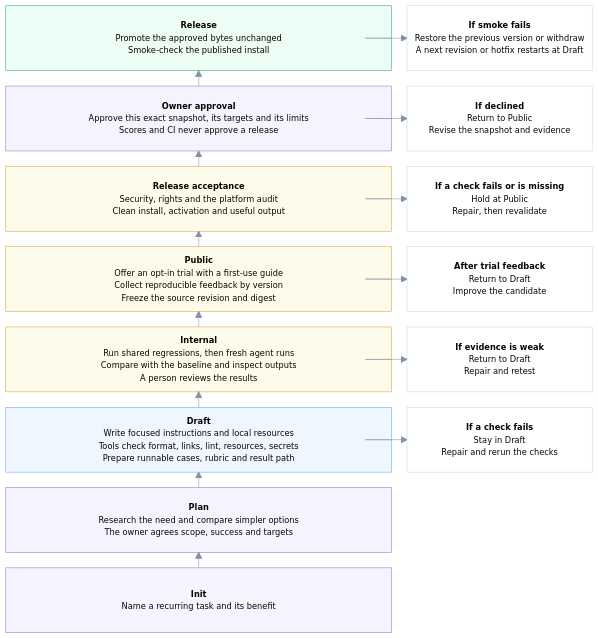
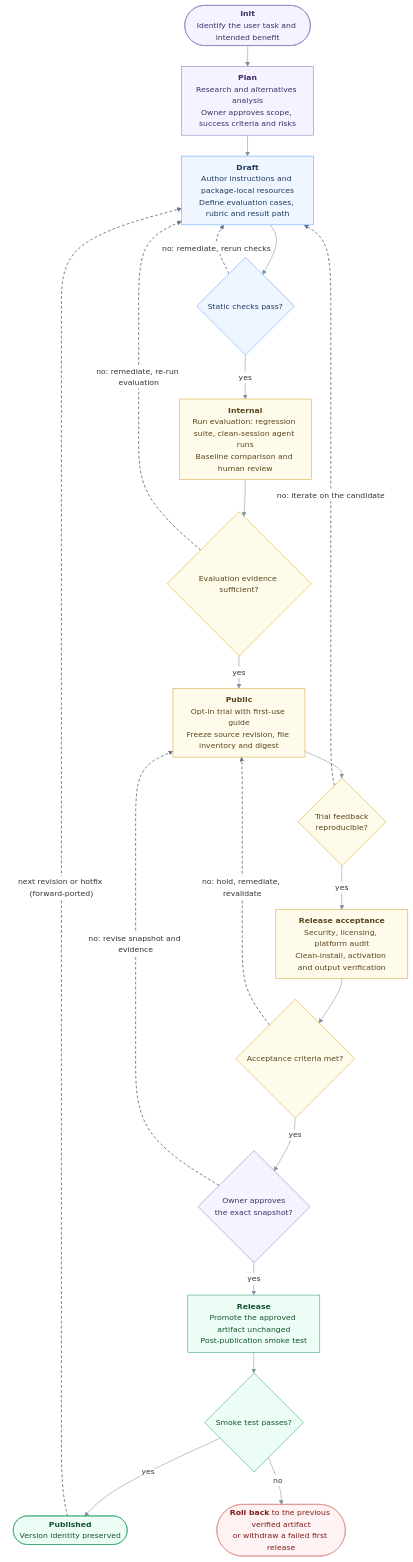
One commit to ClydeShen/skills changed the diagram in knowledge/skill-lifecycle/README.md. Above: the diagram before and after it, drawn with Mermaid. The commit also changed other lines of this file, not shown here.

Commit message:
docs(lifecycle): draw the lifecycle as a decision tree with return branches (#63)
* docs(lifecycle): draw the lifecycle as a decision tree with return branches

Claude-Session: https://claude.ai/code/session_01SA5kRZNw6HYr8hEBAyUCQE

* docs(lifecycle): connect each failed decision back to the stage that repeats

Claude-Session: https://claude.ai/code/session_01SA5kRZNw6HYr8hEBAyUCQE

* docs(lifecycle): name the evals in the lifecycle diagram

Claude-Session: https://claude.ai/code/session_01SA5kRZNw6HYr8hEBAyUCQE

* docs(lifecycle): use professional terms in the lifecycle diagram

Claude-Session: https://claude.ai/code/session_01SA5kRZNw6HYr8hEBAyUCQE

* docs(lifecycle): write evaluation in full in the lifecycle diagram

Claude-Session: https://claude.ai/code/session_01SA5kRZNw6HYr8hEBAyUCQE

---------

````diff
--- a/knowledge/skill-lifecycle/README.md
+++ b/knowledge/skill-lifecycle/README.md
@@ -19,85 +19,47 @@
 ```mermaid
-%%{init: {"theme": "base", "block": {"padding": 28}, "fontFamily": "Arial, sans-serif", "themeVariables": {"fontSize": "15px", "lineColor": "#8292A5", "edgeLabelBackground": "#FFFFFF"}}}%%
-block-beta
-    columns 3
+%%{init: {"theme": "base", "fontFamily": "Arial, sans-serif", "flowchart": {"curve": "basis", "nodeSpacing": 40, "rankSpacing": 38, "htmlLabels": true, "padding": 10}, "themeVariables": {"fontSize": "14px", "lineColor": "#8292A5", "edgeLabelBackground": "#FFFFFF"}}}%%
+flowchart TB
+    init(["<b>Init</b><br/>Identify the user task and intended benefit"])
+    plan["<b>Plan</b><br/>Research and alternatives analysis<br/>Owner approves scope, success criteria and risks"]
+    draft["<b>Draft</b><br/>Author instructions and package-local resources<br/>Define evaluation cases, rubric and result path"]
+    d1{"Static checks pass?"}
+    internal["<b>Internal</b><br/>Run evaluation: regression suite, clean-session agent runs<br/>Baseline comparison and human review"]
+    d2{"Evaluation evidence sufficient?"}
+    public["<b>Public</b><br/>Opt-in trial with first-use guide<br/>Freeze source revision, file inventory and digest"]
+    d3{"Trial feedback<br/>reproducible?"}
+    accept["<b>Release acceptance</b><br/>Security, licensing, platform audit<br/>Clean-install, activation and output verification"]
+    d4{"Acceptance criteria met?"}
+    d5{"Owner approves<br/>the exact snapshot?"}
+    release["<b>Release</b><br/>Promote the approved artifact unchanged<br/>Post-publication smoke test"]
+    d6{"Smoke test passes?"}
+    live(["<b>Published</b><br/>Version identity preserved"])
+    undo(["<b>Roll back</b> to the previous verified artifact<br/>or withdraw a failed first release"])
 
-    release["<b>Release</b>
-    Promote the approved bytes unchanged
-    Smoke-check the published install"]:2
-    recover["<b>If smoke fails</b>
-    Restore the previous version or withdraw
-    A next revision or hotfix restarts at Draft"]
+    init --> plan --> draft --> d1
+    d1 -- yes --> internal --> d2
+    d2 -- yes --> public --> d3
+    d3 -- yes --> accept --> d4
+    d4 -- yes --> d5
+    d5 -- yes --> release --> d6
+    d6 -- yes --> live
+    d6 -- no --> undo
 
-    approval["<b>Owner approval</b>
-    Approve this exact snapshot, its targets and its limits
-    Scores and CI never approve a release"]:2
-    declined["<b>If declined</b>
-    Return to Public
-    Revise the snapshot and evidence"]
-
-    acceptance["<b>Release acceptance</b>
-    Security, rights and the platform audit
-    Clean install, activation and useful output"]:2
-    hold["<b>If a check fails or is missing</b>
-    Hold at Public
-    Repair, then revalidate"]
-
-    publicTrial["<b>Public</b>
-    Offer an opt-in trial with a first-use guide
-    Collect reproducible feedback by version
-    Freeze the source revision and digest"]:2
-    feedback["<b>After trial feedback</b>
-    Return to Draft
-    Improve the candidate"]
-
-    internal["<b>Internal</b>
-    Run shared regressions, then fresh agent runs
-    Compare with the baseline and inspect outputs
-    A person reviews the results"]:2
-    retest["<b>If evidence is weak</b>
-    Return to Draft
-    Repair and retest"]
-
-    draft["<b>Draft</b>
-    Write focused instructions and local resources
-    Tools check format, links, lint, resources, secrets
-    Prepare runnable cases, rubric and result path"]:2
-    repair["<b>If a check fails</b>
-    Stay in Draft
-    Repair and rerun the checks"]
-
-    plan["<b>Plan</b>
-    Research the need and compare simpler options
-    The owner agrees scope, success and targets"]:2
-    space
-
-    idea["<b>Init</b>
-    Name a recurring task and its benefit"]:2
-    space
-
-    idea --> plan
-    plan --> draft
-    draft --> internal
-    internal --> publicTrial
-    publicTrial --> acceptance
-    acceptance --> approval
-    approval --> release
-
-    release --> recover
-    approval --> declined
-    acceptance --> hold
-    publicTrial --> feedback
-    internal --> retest
-    draft --> repair
+    d1 -. "no: remediate, rerun checks" .-> draft
+    d2 -. "no: remediate, re-run evaluation" .-> draft
+    d3 -. "no: iterate on the candidate" .-> draft
+    d4 -. "no: hold, remediate, revalidate" .-> public
+    d5 -. "no: revise snapshot and evidence" .-> public
+    live -. "next revision or hotfix (forward-ported)" .-> draft
 
     classDef person fill:#F5F3FF,stroke:#8B7BC0,color:#3F2D66
     classDef tool fill:#EFF6FF,stroke:#60A5FA,color:#1E3A5F
     classDef evidence fill:#FFFBEB,stroke:#D6A93C,color:#59451D
     classDef stable fill:#ECFDF5,stroke:#34A56F,color:#14532D
-    classDef back fill:#FFFFFF,stroke:#CBD5E1,color:#475569
-    class idea,plan,approval person
-    class draft tool
-    class internal,publicTrial,acceptance evidence
-    class release stable
-    class recover,declined,hold,feedback,retest,repair back
+    classDef fail fill:#FEF2F2,stroke:#E08A8A,color:#7F1D1D
+    class init,plan,d5 person
+    class draft,d1 tool
+    class internal,public,accept,d2,d3,d4 evidence
+    class release,d6,live stable
+    class undo fail
+    linkStyle 14,15,16,17,18,19 stroke:#64748B,stroke-width:1.6px,stroke-dasharray:5 4
 ```
````
